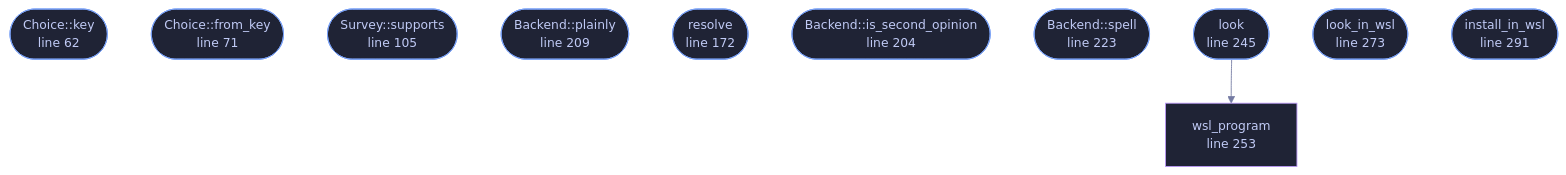
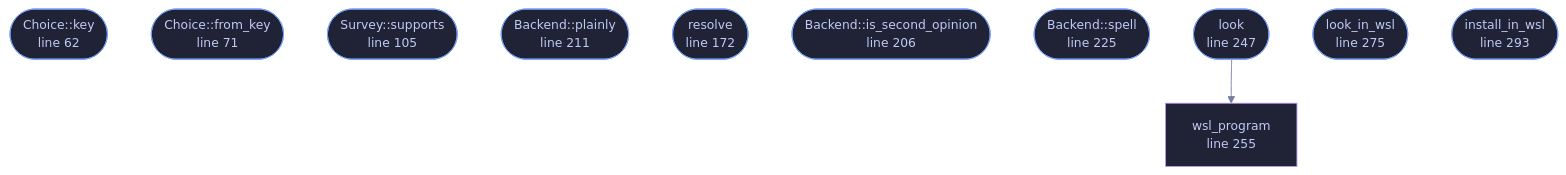
One commit to tilas01/veilvoice changed the diagram in docs/files/veilvoice-gnupg/backend.md. Above: the diagram before and after it, drawn with Mermaid. The commit also changed other lines of this file and 118 other files, not shown here.

````diff
--- a/docs/files/veilvoice-gnupg/backend.md
+++ b/docs/files/veilvoice-gnupg/backend.md
@@ -110,33 +110,33 @@
 ```mermaid
 %%{init: {"theme":"base","themeVariables":{"background":"#1a1b26","primaryColor":"#1f2335","primaryTextColor":"#c0caf5","primaryBorderColor":"#7aa2f7","secondaryColor":"#16161e","tertiaryColor":"#16161e","lineColor":"#737aa2","textColor":"#c0caf5","mainBkg":"#1f2335","nodeBorder":"#7aa2f7","clusterBkg":"#16161e","clusterBorder":"#2f3549","fontFamily":"ui-monospace, SFMono-Regular, Consolas, monospace","fontSize":"14px"}}}%%
 flowchart TD
     n_key(["Choice::key<br/>line 62"])
     n_from_key(["Choice::from_key<br/>line 71"])
     n_supports(["Survey::supports<br/>line 105"])
     n_plainly(["Because::plainly<br/>line 146"])
     n_resolve(["resolve<br/>line 172"])
-    n_is_second_opinion(["Backend::is_second_opinion<br/>line 204"])
-    n_plainly(["Backend::plainly<br/>line 209"])
-    n_spell(["Backend::spell<br/>line 223"])
-    n_look(["look<br/>line 245"])
-    n_wsl_program["wsl_program<br/>line 253"]
-    n_look_in_wsl(["look_in_wsl<br/>line 273"])
-    n_install_in_wsl(["install_in_wsl<br/>line 291"])
+    n_is_second_opinion(["Backend::is_second_opinion<br/>line 206"])
+    n_plainly(["Backend::plainly<br/>line 211"])
+    n_spell(["Backend::spell<br/>line 225"])
+    n_look(["look<br/>line 247"])
+    n_wsl_program["wsl_program<br/>line 255"]
+    n_look_in_wsl(["look_in_wsl<br/>line 275"])
+    n_install_in_wsl(["install_in_wsl<br/>line 293"])
     n_look --> n_wsl_program
     click n_key href "https://github.com/tilas01/veilvoice/blob/main/crates/veilvoice-gnupg/src/backend.rs#L62" "open the source"
     click n_from_key href "https://github.com/tilas01/veilvoice/blob/main/crates/veilvoice-gnupg/src/backend.rs#L71" "open the source"
     click n_supports href "https://github.com/tilas01/veilvoice/blob/main/crates/veilvoice-gnupg/src/backend.rs#L105" "open the source"
     click n_plainly href "https://github.com/tilas01/veilvoice/blob/main/crates/veilvoice-gnupg/src/backend.rs#L146" "open the source"
     click n_resolve href "https://github.com/tilas01/veilvoice/blob/main/crates/veilvoice-gnupg/src/backend.rs#L172" "open the source"
-    click n_is_second_opinion href "https://github.com/tilas01/veilvoice/blob/main/crates/veilvoice-gnupg/src/backend.rs#L204" "open the source"
-    click n_plainly href "https://github.com/tilas01/veilvoice/blob/main/crates/veilvoice-gnupg/src/backend.rs#L209" "open the source"
-    click n_spell href "https://github.com/tilas01/veilvoice/blob/main/crates/veilvoice-gnupg/src/backend.rs#L223" "open the source"
-    click n_look href "https://github.com/tilas01/veilvoice/blob/main/crates/veilvoice-gnupg/src/backend.rs#L245" "open the source"
-    click n_wsl_program href "https://github.com/tilas01/veilvoice/blob/main/crates/veilvoice-gnupg/src/backend.rs#L253" "open the source"
-    click n_look_in_wsl href "https://github.com/tilas01/veilvoice/blob/main/crates/veilvoice-gnupg/src/backend.rs#L273" "open the source"
-    click n_install_in_wsl href "https://github.com/tilas01/veilvoice/blob/main/crates/veilvoice-gnupg/src/backend.rs#L291" "open the source"
+    click n_is_second_opinion href "https://github.com/tilas01/veilvoice/blob/main/crates/veilvoice-gnupg/src/backend.rs#L206" "open the source"
+    click n_plainly href "https://github.com/tilas01/veilvoice/blob/main/crates/veilvoice-gnupg/src/backend.rs#L211" "open the source"
+    click n_spell href "https://github.com/tilas01/veilvoice/blob/main/crates/veilvoice-gnupg/src/backend.rs#L225" "open the source"
+    click n_look href "https://github.com/tilas01/veilvoice/blob/main/crates/veilvoice-gnupg/src/backend.rs#L247" "open the source"
+    click n_wsl_program href "https://github.com/tilas01/veilvoice/blob/main/crates/veilvoice-gnupg/src/backend.rs#L255" "open the source"
+    click n_look_in_wsl href "https://github.com/tilas01/veilvoice/blob/main/crates/veilvoice-gnupg/src/backend.rs#L275" "open the source"
+    click n_install_in_wsl href "https://github.com/tilas01/veilvoice/blob/main/crates/veilvoice-gnupg/src/backend.rs#L293" "open the source"
     classDef entry fill:#1f2335,stroke:#7aa2f7,color:#c0caf5
     class n_key,n_from_key,n_supports,n_plainly,n_resolve,n_is_second_opinion,n_plainly,n_spell,n_look,n_look_in_wsl,n_install_in_wsl entry
     classDef helper fill:#1f2335,stroke:#bb9af7,color:#c0caf5
     class n_wsl_program helper
 ```
````
